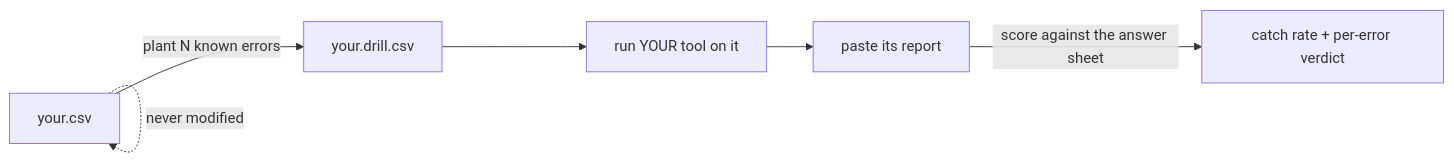
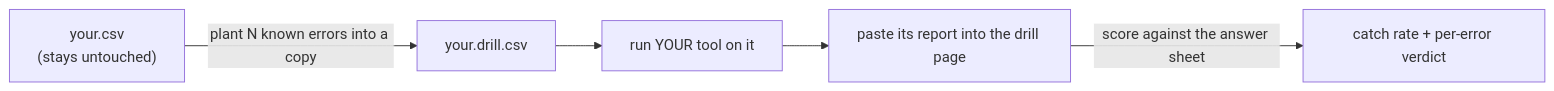
One commit to chutinaa/data-error-drill changed the diagram in README.md. Above: the diagram before and after it, drawn with Mermaid. The commit also changed 1 other file, not shown here.

````diff
--- a/README.md
+++ b/README.md
@@ -13,8 +13,7 @@
 ```mermaid
 flowchart LR
-    A[your.csv] -->|plant N known errors| B[your.drill.csv]
-    A -.->|never modified| A
+    A["your.csv<br/>(stays untouched)"] -->|plant N known errors into a copy| B[your.drill.csv]
     B --> C[run YOUR tool on it]
-    C --> D[paste its report]
+    C --> D[paste its report into the drill page]
     D -->|score against the answer sheet| E["catch rate + per-error verdict"]
 ```
````
